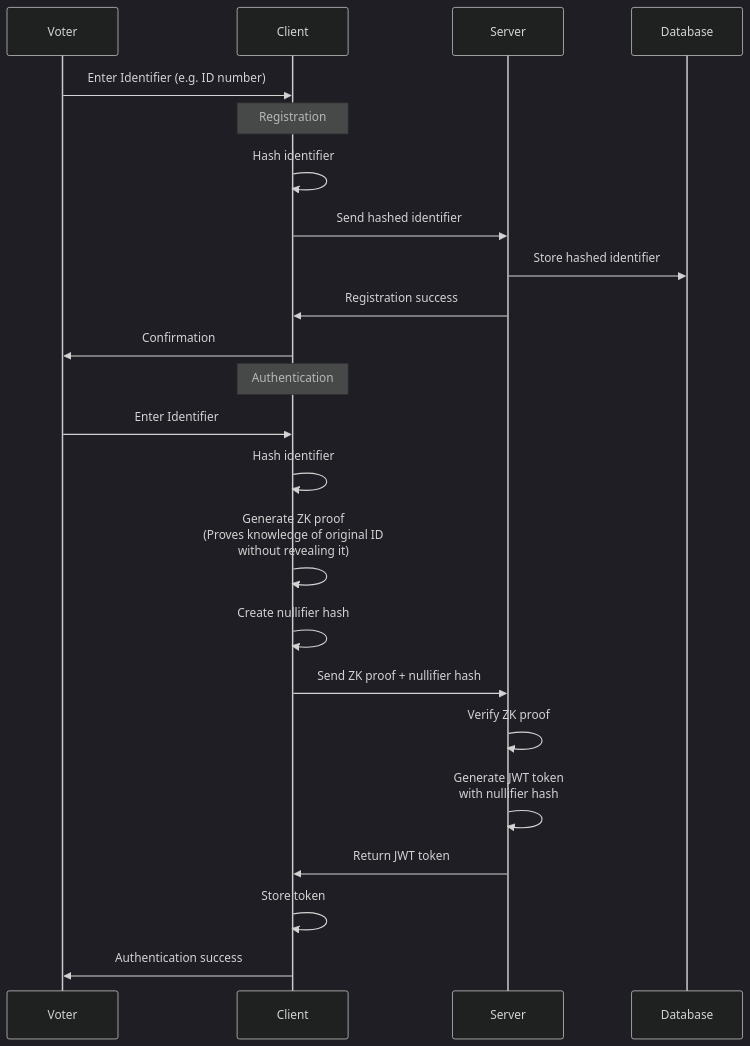
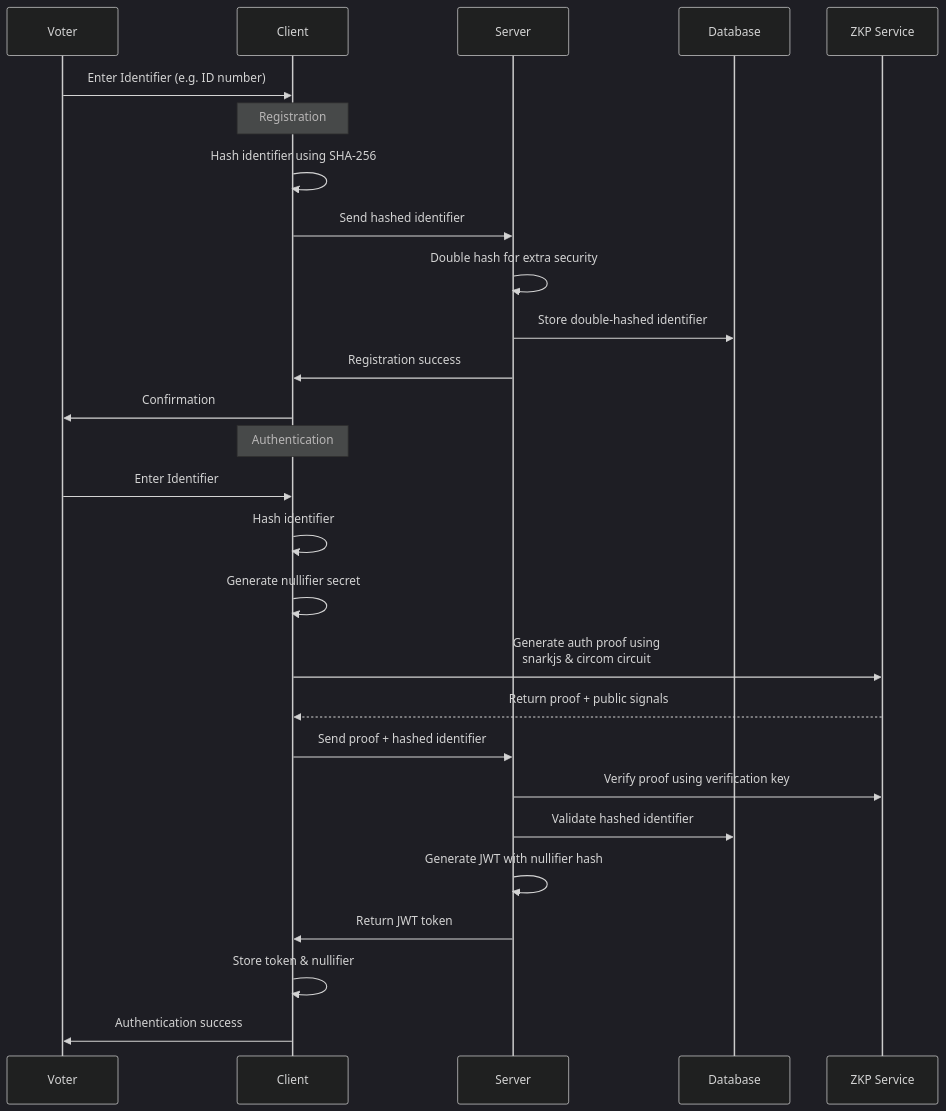
One commit to talatops/ZKP-SNARK-VOTING changed the first of 4 diagrams in ZKP-FLOW-DIAGRAM.md. Above: the diagram before and after it, drawn with Mermaid (dark theme). The commit also changed other lines of this file and 2 other files, not shown here.

Commit message:
docs: update ZKP documentation with current implementation details

````diff
--- a/ZKP-FLOW-DIAGRAM.md
+++ b/ZKP-FLOW-DIAGRAM.md
@@ -7,28 +7,32 @@
 ```mermaid
 sequenceDiagram
     participant Voter
     participant Client
     participant Server
     participant DB as Database
+    participant ZKP as ZKP Service
 
     Voter->>Client: Enter Identifier (e.g. ID number)
     
     note over Client: Registration
-    Client->>Client: Hash identifier
+    Client->>Client: Hash identifier using SHA-256
     Client->>Server: Send hashed identifier
-    Server->>DB: Store hashed identifier
+    Server->>Server: Double hash for extra security
+    Server->>DB: Store double-hashed identifier
     Server->>Client: Registration success
     Client->>Voter: Confirmation
     
     note over Client: Authentication
     Voter->>Client: Enter Identifier
     Client->>Client: Hash identifier
-    Client->>Client: Generate ZK proof<br/>(Proves knowledge of original ID<br/>without revealing it)
-    Client->>Client: Create nullifier hash
-    Client->>Server: Send ZK proof + nullifier hash
-    Server->>Server: Verify ZK proof
-    Server->>Server: Generate JWT token<br/>with nullifier hash
+    Client->>Client: Generate nullifier secret
+    Client->>ZKP: Generate auth proof using<br/>snarkjs & circom circuit
+    ZKP-->>Client: Return proof + public signals
+    Client->>Server: Send proof + hashed identifier
+    Server->>ZKP: Verify proof using verification key
+    Server->>DB: Validate hashed identifier
+    Server->>Server: Generate JWT with nullifier hash
     Server->>Client: Return JWT token
-    Client->>Client: Store token
+    Client->>Client: Store token & nullifier
     Client->>Voter: Authentication success
 ```
````
